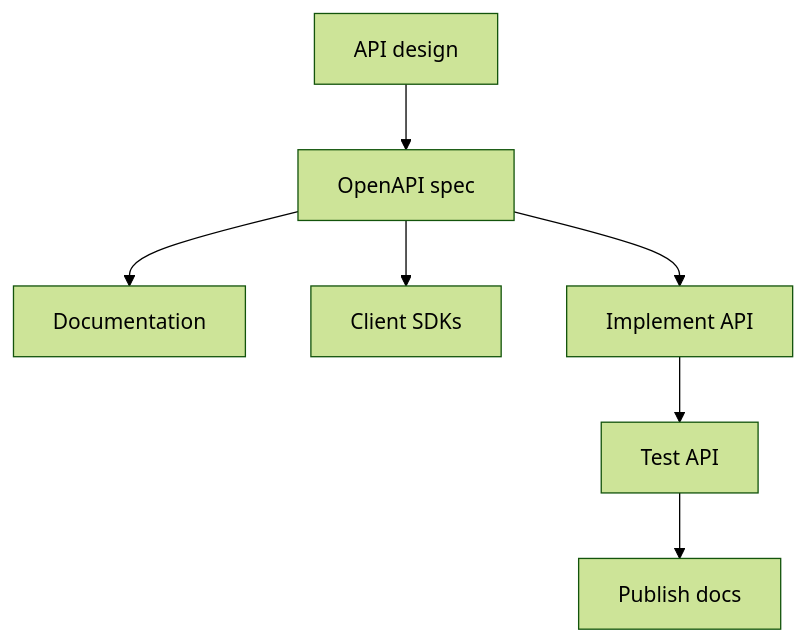
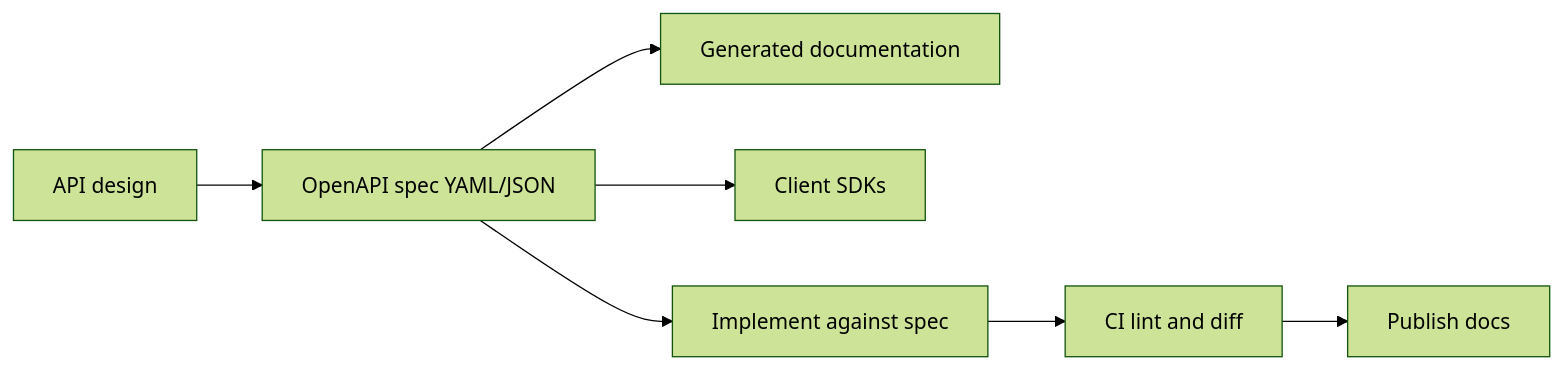
Diagram 18 of 28 in 07-api-design/README.md (hareramcse/SystemDesign), drawn with Mermaid (forest theme) before and after one commit. The commit also changed other lines of this file and 14 other files, not shown here.

````diff
--- a/07-api-design/README.md
+++ b/07-api-design/README.md
@@ -2495,9 +1587,9 @@
 ```mermaid
-flowchart TB
-    D[API design] --> S[OpenAPI spec]
-    S --> Doc[Documentation]
-    S --> SDK[Client SDKs]
-    S --> Impl[Implement API]
-    Impl --> T[Test API]
-    T --> Pub[Publish docs]
+flowchart LR
+    Design[API design] --> Spec[OpenAPI spec YAML/JSON]
+    Spec --> Docs[Generated documentation]
+    Spec --> SDK[Client SDKs]
+    Spec --> Impl[Implement against spec]
+    Impl --> CI[CI lint and diff]
+    CI --> Pub[Publish docs]
 ```
````
